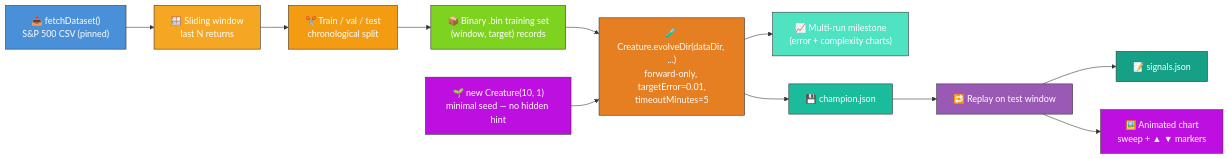
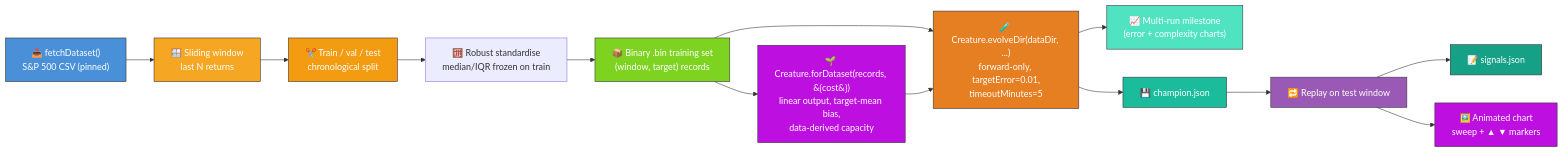
The first of 4 diagrams in stock_market/README.md (stSoftwareAU/NEAT-AI-Examples), drawn with Mermaid before and after one commit. The commit also changed other lines of this file and 6 other files, not shown here.

````diff
--- a/stock_market/README.md
+++ b/stock_market/README.md
@@ -27,33 +35,34 @@
 ```mermaid
 flowchart LR
     DL["📥 fetchDataset()<br/>S&P 500 CSV (pinned)"]
     SLIDE["🪟 Sliding window<br/>last N returns"]
     SPLIT["✂️ Train / val / test<br/>chronological split"]
+    NORM["🧮 Robust standardise<br/>median/IQR frozen on train"]
     BIN["📦 Binary .bin training set<br/>(window, target) records"]
-    SEED["🌱 new Creature(10, 1)<br/>minimal seed — no hidden hint"]
+    SEED["🌱 Creature.forDataset(records, &#123;cost&#125;)<br/>linear output, target-mean bias,<br/>data-derived capacity"]
     EVOLVE["🧪 Creature.evolveDir(dataDir, ...)<br/>forward-only, targetError=0.01,<br/>timeoutMinutes=5"]
     SUMMARY["📈 Multi-run milestone<br/>(error + complexity charts)"]
     CHAMP["💾 champion.json"]
     REPLAY["🔁 Replay on test window"]
     SIG["📝 signals.json"]
     CHART["🖼️ Animated chart<br/>sweep + ▲ ▼ markers"]
 
-    DL --> SLIDE --> SPLIT --> BIN --> EVOLVE
-    SEED --> EVOLVE
+    DL --> SLIDE --> SPLIT --> NORM --> BIN --> EVOLVE
+    BIN --> SEED --> EVOLVE
     EVOLVE --> SUMMARY
     EVOLVE --> CHAMP
     CHAMP --> REPLAY --> SIG
     REPLAY --> CHART
 
     style DL fill:#4a90d9,stroke:#333,color:#fff
     style SLIDE fill:#f5a623,stroke:#333,color:#fff
     style SPLIT fill:#f39c12,stroke:#333,color:#fff
     style BIN fill:#7ed321,stroke:#333,color:#fff
     style SEED fill:#bd10e0,stroke:#333,color:#fff
     style EVOLVE fill:#e67e22,stroke:#333,color:#fff
     style SUMMARY fill:#50e3c2,stroke:#333,color:#fff
     style CHAMP fill:#1abc9c,stroke:#333,color:#fff
     style REPLAY fill:#9b59b6,stroke:#333,color:#fff
     style SIG fill:#16a085,stroke:#333,color:#fff
     style CHART fill:#bd10e0,stroke:#333,color:#fff
 ```
````
